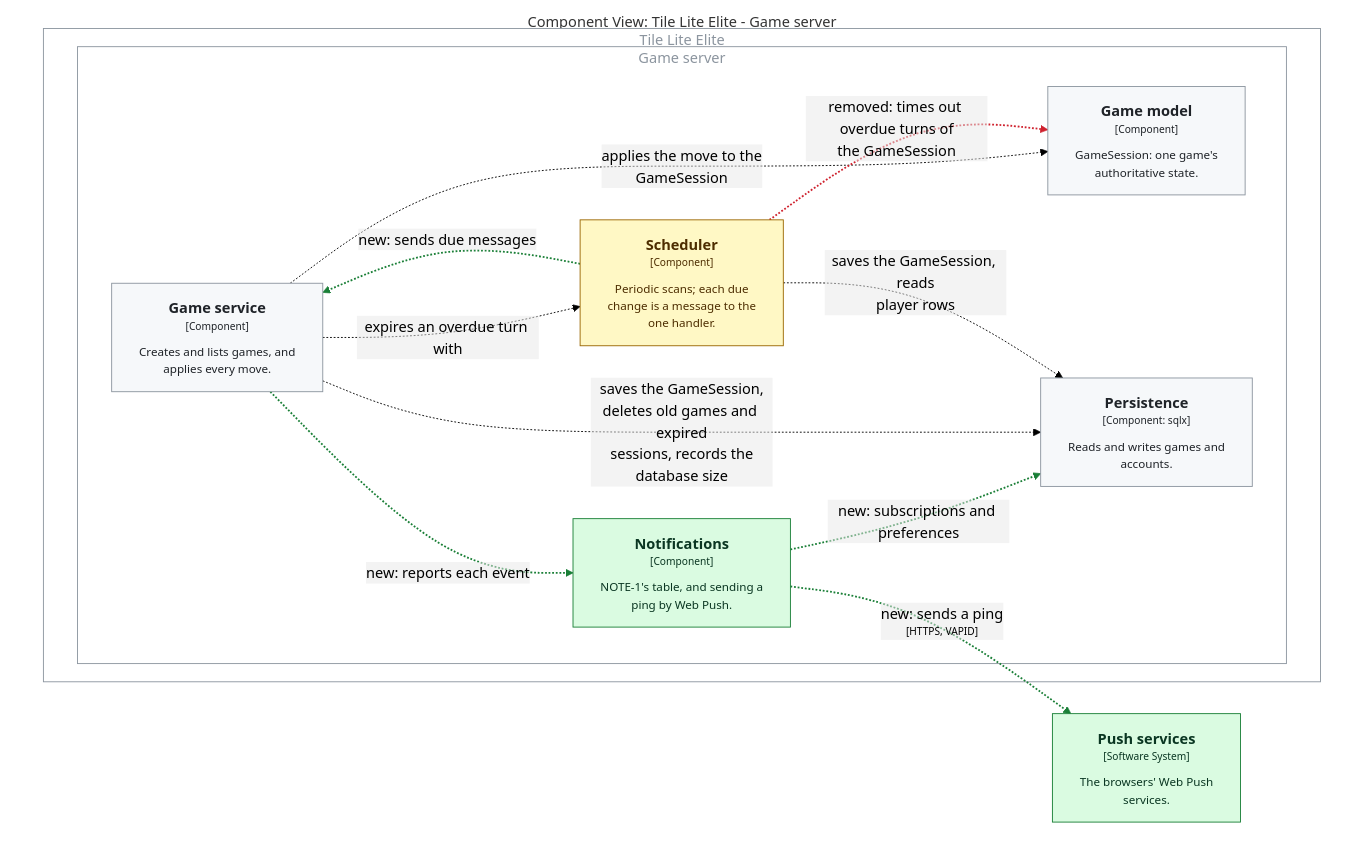
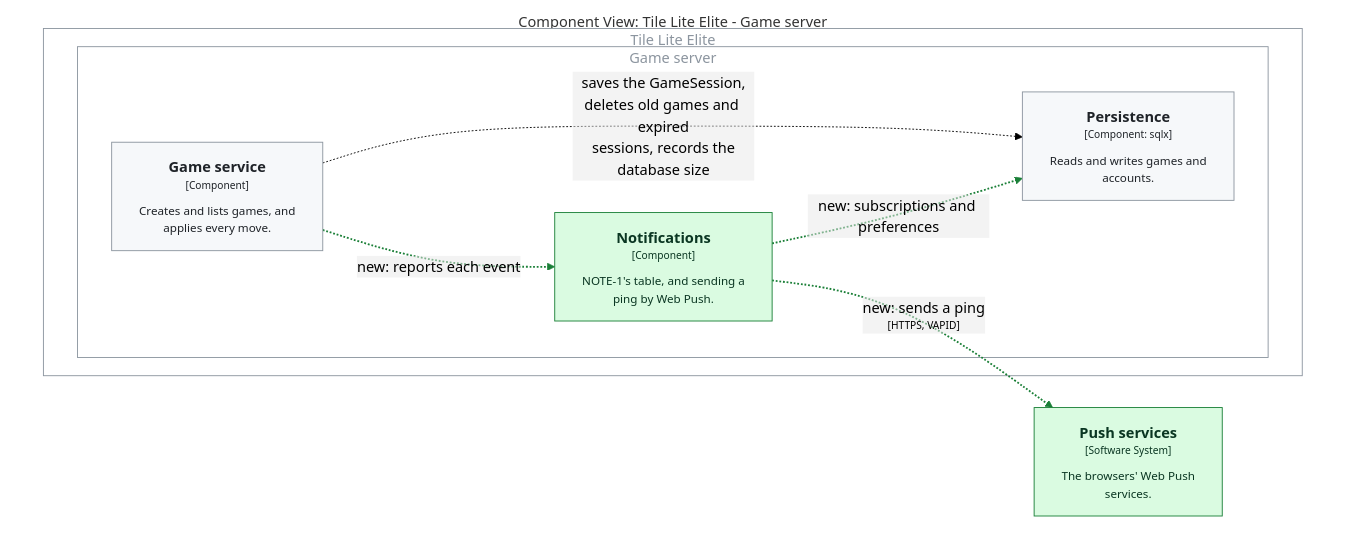
Before and after one commit to delphside/programme: the second of 2 diagrams in applications/tile-lite-elite/3.1.7-changes/workstreams/application-game-architecture/71-one-game-model/71-map-diagrams.md, drawn with Mermaid (forest theme). The commit also changed other lines of this file and 6 other files, not shown here.

````diff
--- a/applications/tile-lite-elite/3.1.7-changes/workstreams/application-game-architecture/71-one-game-model/71-map-diagrams.md
+++ b/applications/tile-lite-elite/3.1.7-changes/workstreams/application-game-architecture/71-one-game-model/71-map-diagrams.md
@@ -82,47 +90,36 @@
 ```mermaid
 graph TB
   linkStyle default fill:#ffffff
 
   subgraph diagram ["Component View: Tile Lite Elite - Game server"]
     style diagram fill:#ffffff,stroke:#ffffff
 
     94["<div style='font-weight: bold'>Push services</div><div style='font-size: 70%; margin-top: 0px'>[Software System]</div><div style='font-size: 80%; margin-top:10px'>The browsers' Web Push<br />services.</div>"]
     style 94 fill:#dafbe1,stroke:#1a7f37,color:#0a3622
 
     subgraph 4 ["Tile Lite Elite"]
       style 4 fill:#ffffff,stroke:#8c959f,color:#8c959f
 
       subgraph 9 ["Game server"]
         style 9 fill:#ffffff,stroke:#8c959f,color:#8c959f
 
         13["<div style='font-weight: bold'>Game service</div><div style='font-size: 70%; margin-top: 0px'>[Component]</div><div style='font-size: 80%; margin-top:10px'>Creates and lists games, and<br />applies every move.</div>"]
         style 13 fill:#f6f8fa,stroke:#8c959f,color:#1f2328
-        20["<div style='font-weight: bold'>Scheduler</div><div style='font-size: 70%; margin-top: 0px'>[Component]</div><div style='font-size: 80%; margin-top:10px'>Periodic scans; each due<br />change is a message to the<br />one handler.</div>"]
-        style 20 fill:#fff8c5,stroke:#9a6700,color:#4d2d00
-        21["<div style='font-weight: bold'>Game model</div><div style='font-size: 70%; margin-top: 0px'>[Component]</div><div style='font-size: 80%; margin-top:10px'>GameSession: one game's<br />authoritative state.</div>"]
-        style 21 fill:#f6f8fa,stroke:#8c959f,color:#1f2328
         25["<div style='font-weight: bold'>Persistence</div><div style='font-size: 70%; margin-top: 0px'>[Component: sqlx]</div><div style='font-size: 80%; margin-top:10px'>Reads and writes games and<br />accounts.</div>"]
         style 25 fill:#f6f8fa,stroke:#8c959f,color:#1f2328
         93["<div style='font-weight: bold'>Notifications</div><div style='font-size: 70%; margin-top: 0px'>[Component]</div><div style='font-size: 80%; margin-top:10px'>NOTE-1's table, and sending a<br />ping by Web Push.</div>"]
         style 93 fill:#dafbe1,stroke:#1a7f37,color:#0a3622
       end
 
     end
 
-    93-. "<div>new: subscriptions and preferences</div><div style='font-size: 70%'></div>" .->25
-    13-. "<div>applies the move to the<br />GameSession</div><div style='font-size: 70%'></div>" .->21
-    20-. "<div>removed: times out overdue turns of<br />the GameSession</div><div style='font-size: 70%'></div>" .->21
     13-. "<div>saves the GameSession,<br />deletes old games and expired<br />sessions, records the<br />database size</div><div style='font-size: 70%'></div>" .->25
-    20-. "<div>saves the GameSession, reads<br />player rows</div><div style='font-size: 70%'></div>" .->25
-    13-. "<div>expires an overdue turn with</div><div style='font-size: 70%'></div>" .->20
-    20-. "<div>new: sends due messages</div><div style='font-size: 70%'></div>" .->13
     13-. "<div>new: reports each event</div><div style='font-size: 70%'></div>" .->93
     93-. "<div>new: sends a ping</div><div style='font-size: 70%'>[HTTPS, VAPID]</div>" .->94
+    93-. "<div>new: subscriptions and preferences</div><div style='font-size: 70%'></div>" .->25
 
   end
-  linkStyle 0 stroke:#1a7f37,stroke-width:2px
-  linkStyle 2 stroke:#cf222e,stroke-width:2px
-  linkStyle 6 stroke:#1a7f37,stroke-width:2px
-  linkStyle 7 stroke:#1a7f37,stroke-width:2px
-  linkStyle 8 stroke:#1a7f37,stroke-width:2px
+  linkStyle 1 stroke:#1a7f37,stroke-width:2px
+  linkStyle 2 stroke:#1a7f37,stroke-width:2px
+  linkStyle 3 stroke:#1a7f37,stroke-width:2px
 ```
````
